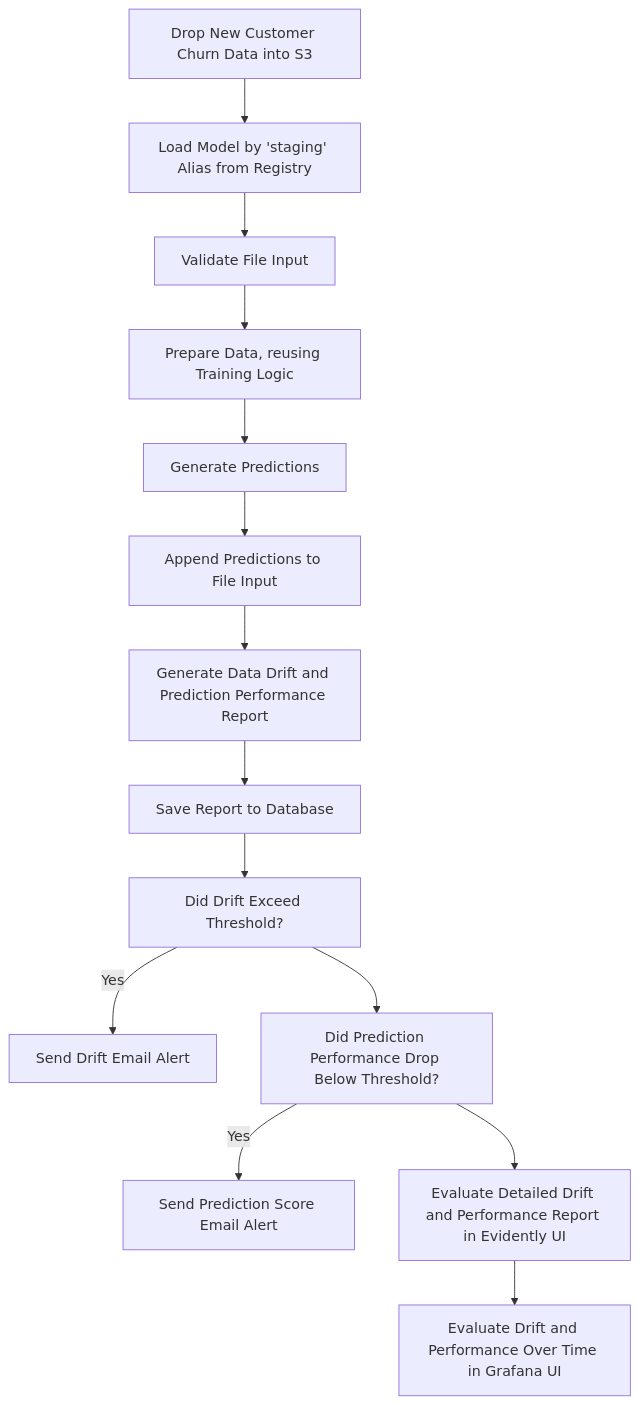
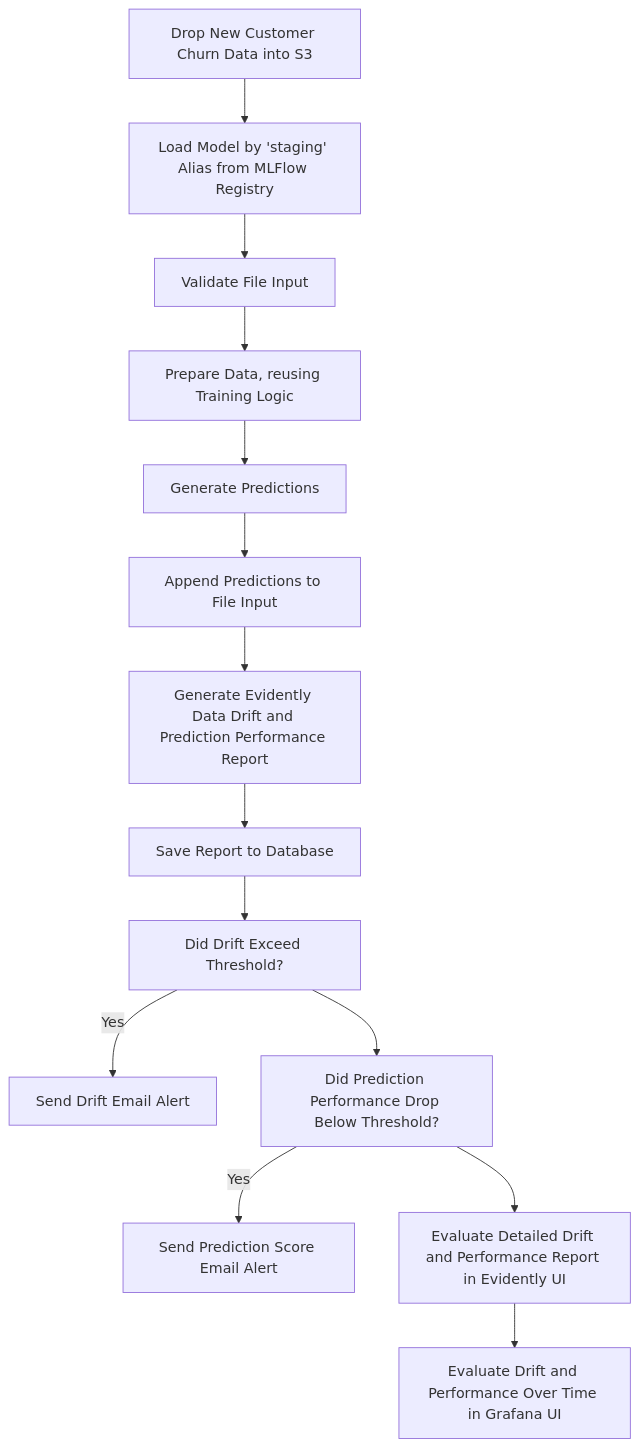
Before and after one commit to paultongyoo/churn-model-evaluation-platform: the second of 2 diagrams in README.md, drawn with Mermaid. The commit also changed other lines of this file, not shown here.

````diff
--- a/README.md
+++ b/README.md
@@ -73,20 +73,20 @@
 ```mermaid
 flowchart TD
     A[Drop New Customer Churn Data into S3]
-    B[Load Model by 'staging' Alias from Registry]
+    B[Load Model by 'staging' Alias from MLFlow Registry]
     C[Validate File Input]
     D[Prepare Data, reusing Training Logic]
     E[Generate Predictions]
     F[Append Predictions to File Input]
-    G[Generate Data Drift and Prediction Performance Report]
+    G[Generate Evidently Data Drift and Prediction Performance Report]
     H[Save Report to Database]
     I[Did Drift Exceed Threshold?]
     J[Send Drift Email Alert]
     K[Did Prediction Performance Drop Below Threshold?]
     L[Send Prediction Score Email Alert]
     M[Evaluate Detailed Drift and Performance Report in Evidently UI]
     N[Evaluate Drift and Performance Over Time in Grafana UI]
     A-->B-->C-->D-->E-->F-->G-->H-->I-->K-->M-->N;
     I--> |Yes| J;
     K--> |Yes| L;
 ```
````
